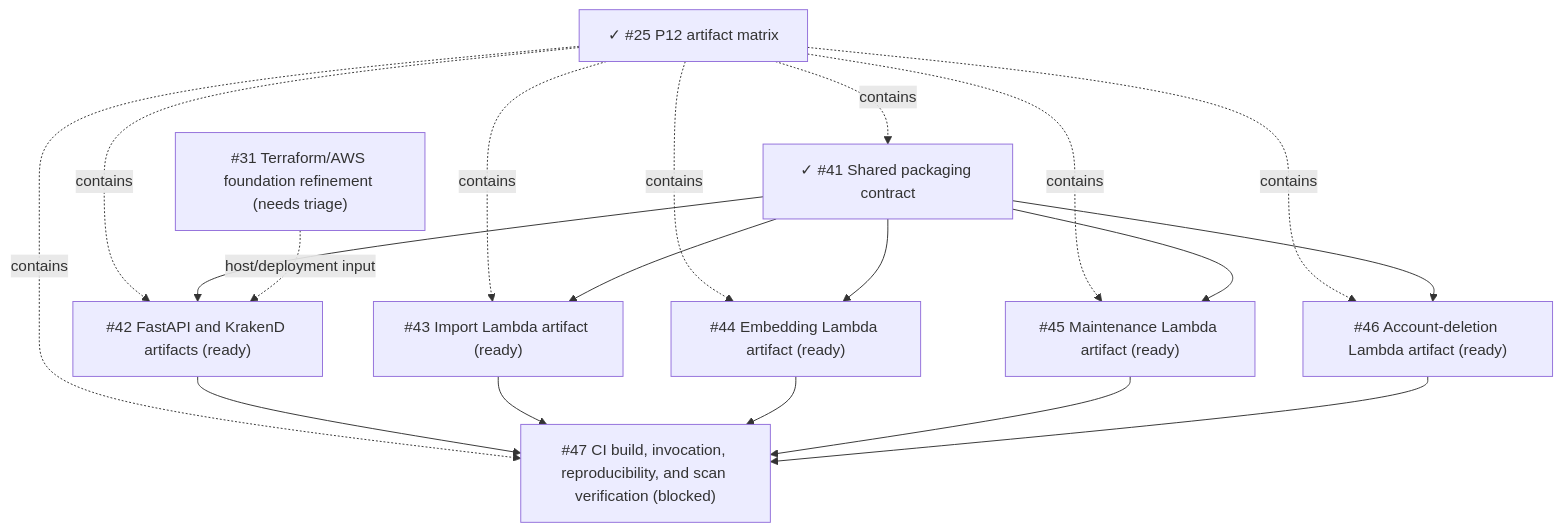
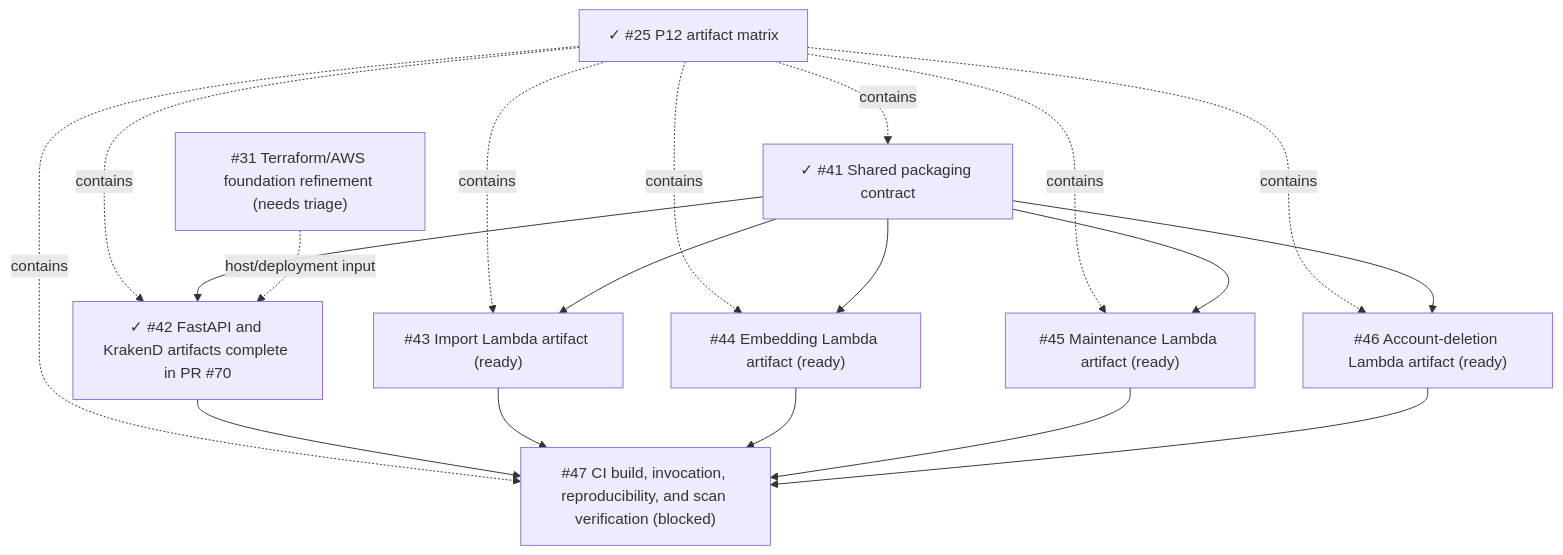
The diagram in docs/specs/2026-08-14-p12-production-artifact-matrix.md (starkovalera/recipe-manager), drawn with Mermaid before and after one commit. The commit also changed other lines of this file and 15 other files, not shown here.

First line of the commit message:
feat(infra): add API and KrakenD production artifacts (#42) (#70)

````diff
--- a/docs/specs/2026-08-14-p12-production-artifact-matrix.md
+++ b/docs/specs/2026-08-14-p12-production-artifact-matrix.md
@@ -255,34 +256,34 @@
 ```mermaid
 flowchart TD
   p25["✓ #25 P12 artifact matrix"]
   shared["✓ #41 Shared packaging contract"]
-  api["#42 FastAPI and KrakenD artifacts (ready)"]
+  api["✓ #42 FastAPI and KrakenD artifacts complete in PR #70"]
   import["#43 Import Lambda artifact (ready)"]
   embedding["#44 Embedding Lambda artifact (ready)"]
   maintenance["#45 Maintenance Lambda artifact (ready)"]
   deletion["#46 Account-deletion Lambda artifact (ready)"]
   ci["#47 CI build, invocation, reproducibility, and scan verification (blocked)"]
   infra["#31 Terraform/AWS foundation refinement (needs triage)"]
 
   p25 -. contains .-> shared
   p25 -. contains .-> api
   p25 -. contains .-> import
   p25 -. contains .-> embedding
   p25 -. contains .-> maintenance
   p25 -. contains .-> deletion
   p25 -. contains .-> ci
 
   shared --> api
   shared --> import
   shared --> embedding
   shared --> maintenance
   shared --> deletion
 
   api --> ci
   import --> ci
   embedding --> ci
   maintenance --> ci
   deletion --> ci
 
   infra -. host/deployment input .-> api
 ```
````
